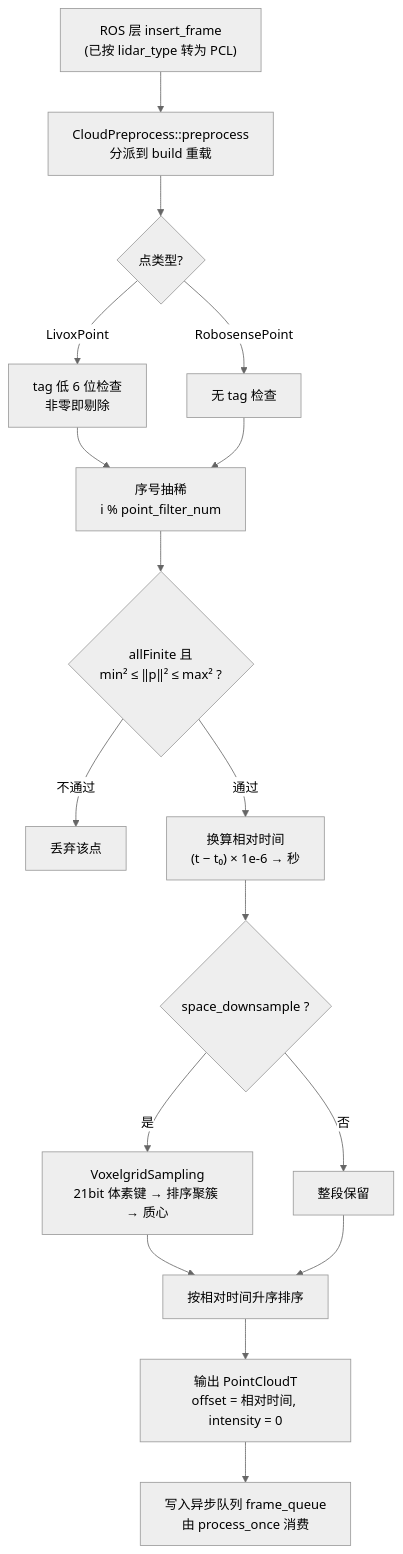
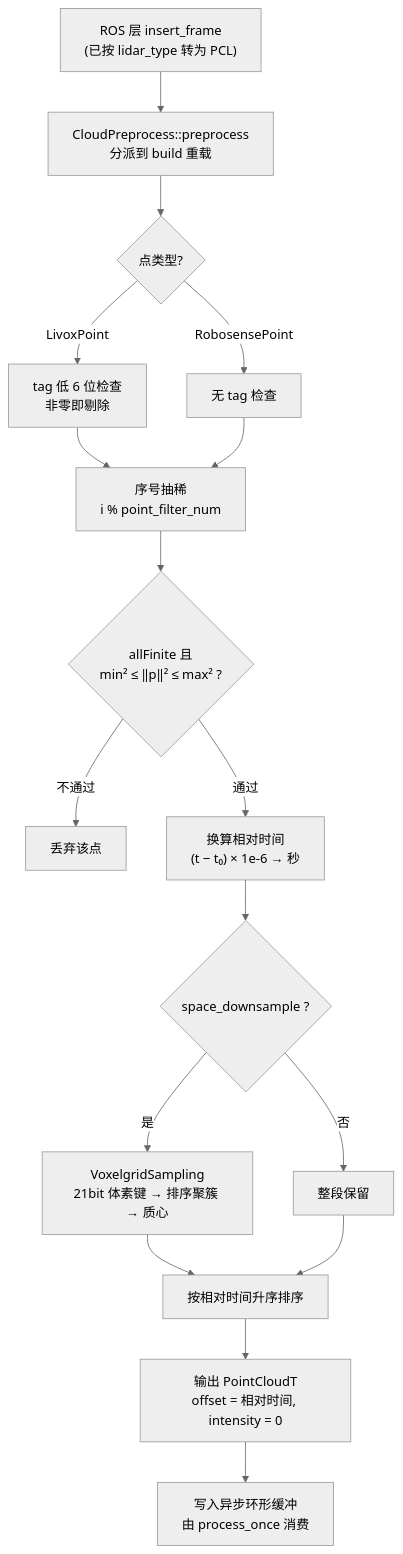
One commit to AphroraC/asuka changed the diagram in docs/wiki/odometry/11.md. Above: the diagram before and after it, drawn with Mermaid (neutral theme). The commit also changed 30 other files, not shown here.

````diff
--- a/docs/wiki/odometry/11.md
+++ b/docs/wiki/odometry/11.md
@@ -68,19 +68,19 @@
 ```mermaid
 flowchart TD
     A["ROS 层 insert_frame<br/>(已按 lidar_type 转为 PCL)"] --> B["CloudPreprocess::preprocess<br/>分派到 build 重载"]
     B --> C{"点类型?"}
     C -->|LivoxPoint| D["tag 低 6 位检查<br/>非零即剔除"]
     C -->|RobosensePoint| E["无 tag 检查"]
     D --> F["序号抽稀<br/>i % point_filter_num"]
     E --> F
     F --> G{"allFinite 且<br/>min² ≤ ‖p‖² ≤ max² ?"}
     G -->|不通过| H["丢弃该点"]
     G -->|通过| I["换算相对时间<br/>(t − t₀) × 1e-6 → 秒"]
     I --> J{"space_downsample ?"}
     J -->|是| K["VoxelgridSampling<br/>21bit 体素键 → 排序聚簇 → 质心"]
     J -->|否| L["整段保留"]
     K --> M["按相对时间升序排序"]
     L --> M
     M --> N["输出 PointCloudT<br/>offset = 相对时间, intensity = 0"]
-    N --> O["写入异步队列 frame_queue<br/>由 process_once 消费"]
+    N --> O["写入异步环形缓冲<br/>由 process_once 消费"]
 ```
````
